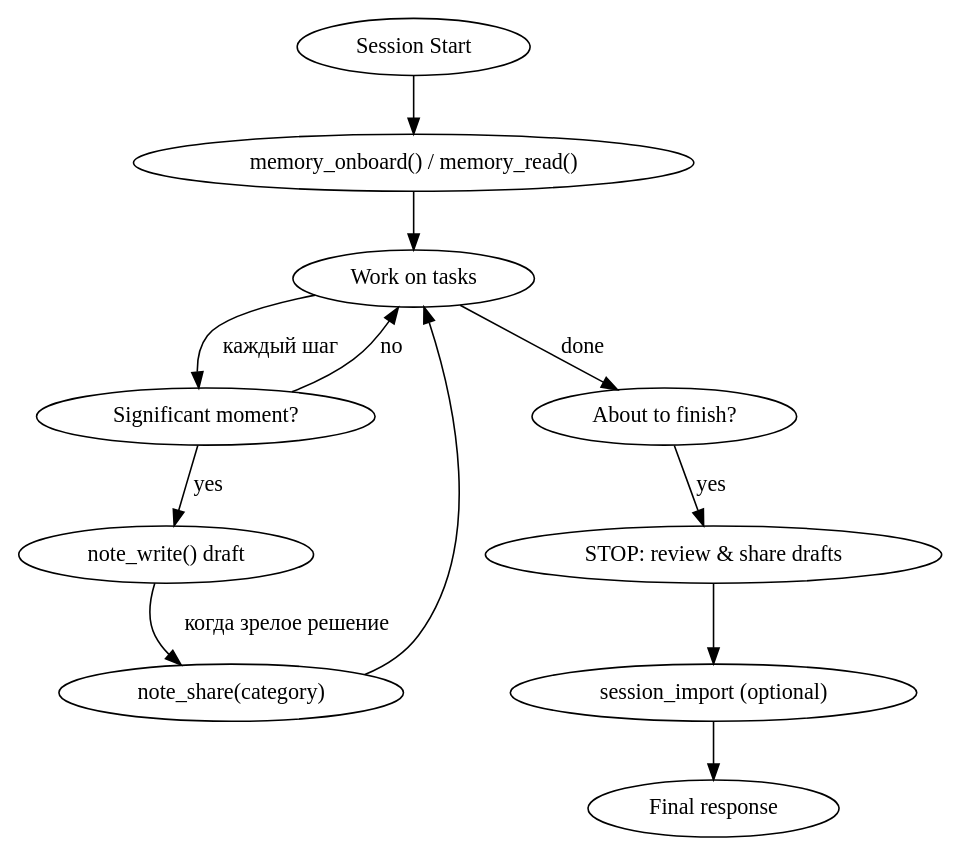
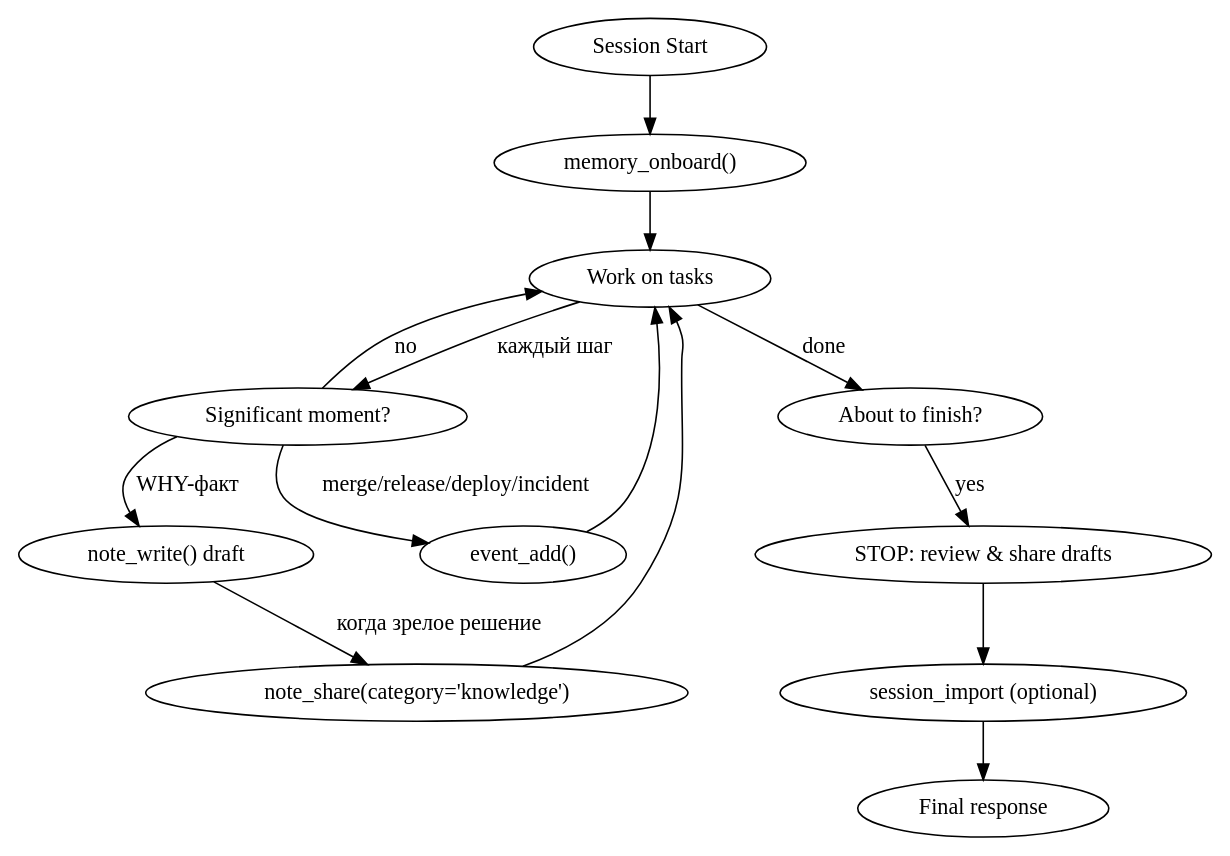
Before and after one commit to Antony-A-tech/MCP-Team-memory: the diagram in skills/using-team-memory/SKILL.md, drawn with Graphviz. The commit also changed other lines of this file and 7 other files, not shown here.

````diff
--- a/skills/using-team-memory/SKILL.md
+++ b/skills/using-team-memory/SKILL.md
@@ -16,16 +21,18 @@
 ```dot
 digraph session {
   rankdir=TB;
-  "Session Start" -> "memory_onboard() / memory_read()";
-  "memory_onboard() / memory_read()" -> "Work on tasks";
+  "Session Start" -> "memory_onboard()";
+  "memory_onboard()" -> "Work on tasks";
   "Work on tasks" -> "Significant moment?" [label="каждый шаг"];
-  "Significant moment?" -> "note_write() draft" [label="yes"];
+  "Significant moment?" -> "note_write() draft" [label="WHY-факт"];
+  "Significant moment?" -> "event_add()" [label="merge/release/deploy/incident"];
   "Significant moment?" -> "Work on tasks" [label="no"];
-  "note_write() draft" -> "note_share(category)" [label="когда зрелое решение"];
-  "note_share(category)" -> "Work on tasks";
+  "note_write() draft" -> "note_share(category='knowledge')" [label="когда зрелое решение"];
+  "note_share(category='knowledge')" -> "Work on tasks";
+  "event_add()" -> "Work on tasks";
   "Work on tasks" -> "About to finish?" [label="done"];
   "About to finish?" -> "STOP: review & share drafts" [label="yes"];
   "STOP: review & share drafts" -> "session_import (optional)";
   "session_import (optional)" -> "Final response";
 }
 ```
````
